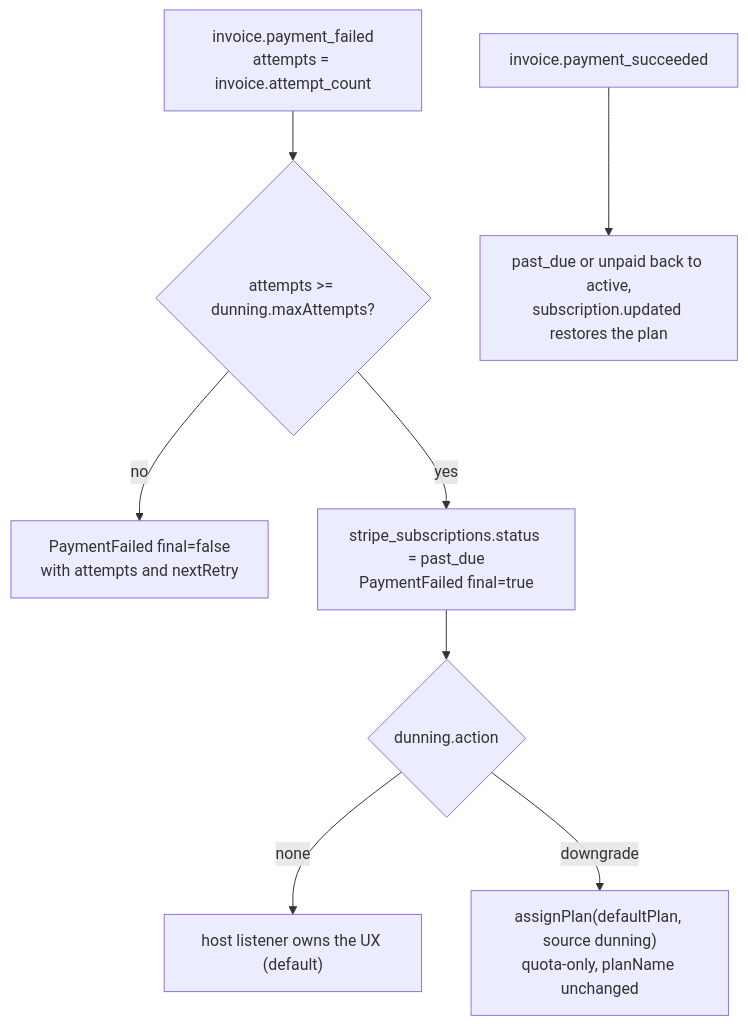
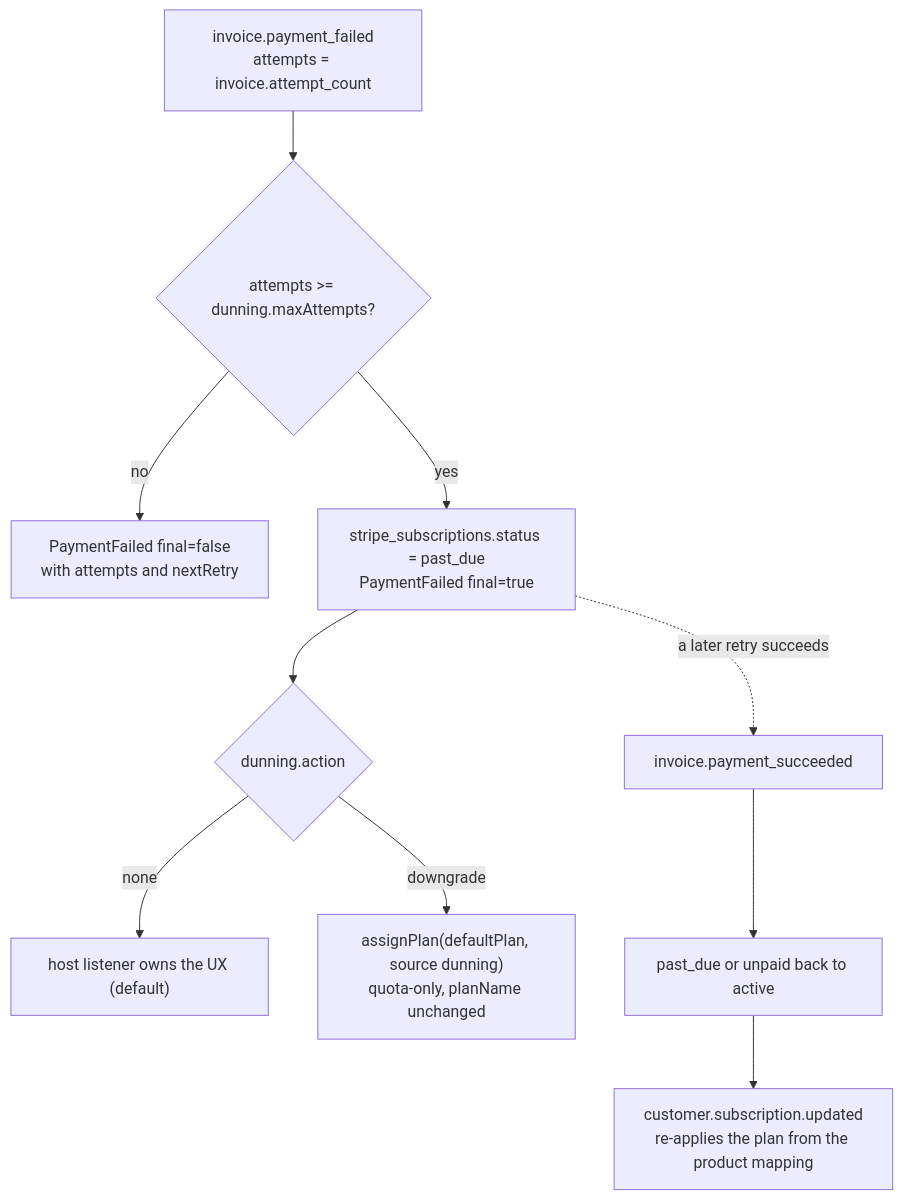
The second of 2 diagrams in docs/docs/satellites/billing.md (Arcoders/Adonisjs-lasagna-saas-tenancy), drawn with Mermaid before and after one commit. The commit also changed other lines of this file and 3 other files, not shown here.

Commit message:
docs(diagrams): fix the nine review findings across the new mermaid pages

````diff
--- a/docs/docs/satellites/billing.md
+++ b/docs/docs/satellites/billing.md
@@ -212,10 +212,12 @@
 ```mermaid
 flowchart TB
   F["invoice.payment_failed<br/>attempts = invoice.attempt_count"] --> FIN{"attempts >= dunning.maxAttempts?"}
   FIN -->|no| NF["PaymentFailed final=false<br/>with attempts and nextRetry"]
   FIN -->|yes| PD["stripe_subscriptions.status = past_due<br/>PaymentFailed final=true"]
   PD --> ACT{"dunning.action"}
   ACT -->|none| HOST["host listener owns the UX (default)"]
   ACT -->|downgrade| DG["assignPlan(defaultPlan, source dunning)<br/>quota-only, planName unchanged"]
-  S["invoice.payment_succeeded"] --> REC["past_due or unpaid back to active,<br/>subscription.updated restores the plan"]
+  PD -. a later retry succeeds .-> S["invoice.payment_succeeded"]
+  S --> REC["past_due or unpaid back to active"]
+  REC --> PLAN["customer.subscription.updated<br/>re-applies the plan from the product mapping"]
 ```
````
